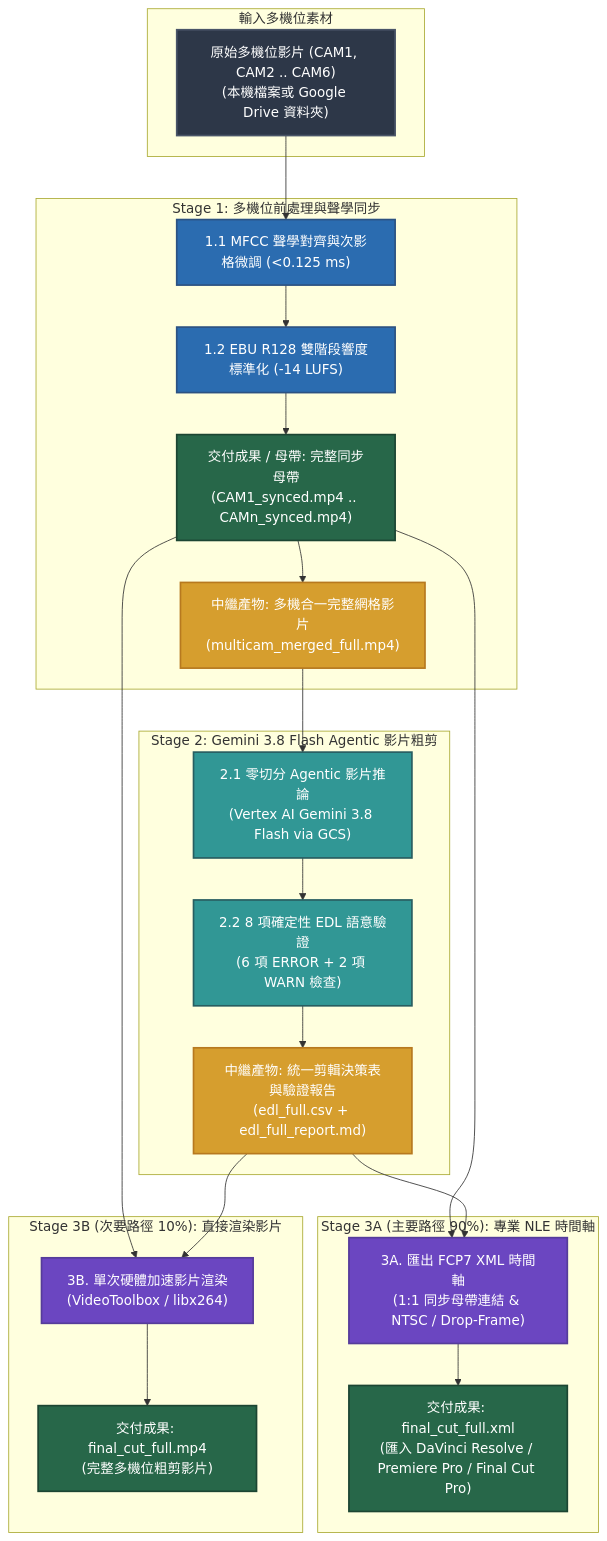
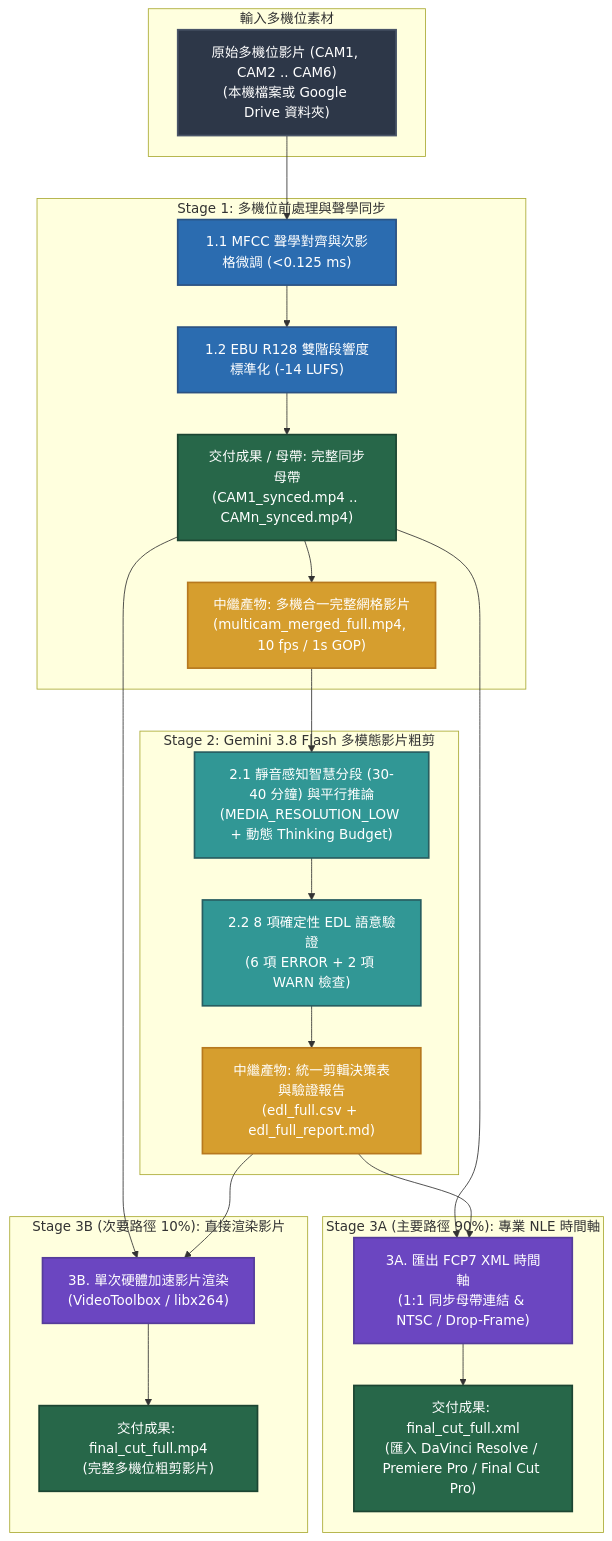
Before and after one commit to a0359627/multicam-video-preprocessing: the diagram in README.zh-TW.md, drawn with Mermaid. The commit also changed other lines of this file and 14 other files, not shown here.

````diff
--- a/README.zh-TW.md
+++ b/README.zh-TW.md
@@ -76,50 +76,50 @@
 ```mermaid
 flowchart TD
     classDef inputStyle fill:#2D3748,stroke:#4A5568,stroke-width:2px,color:#fff;
     classDef stage1Style fill:#2B6CB0,stroke:#2C5282,stroke-width:2px,color:#fff;
     classDef stage2Style fill:#319795,stroke:#285E61,stroke-width:2px,color:#fff;
     classDef stage3Style fill:#6B46C1,stroke:#553C9A,stroke-width:2px,color:#fff;
     classDef artifactStyle fill:#D69E2E,stroke:#B7791F,stroke-width:2px,color:#fff;
     classDef outputStyle fill:#276749,stroke:#1C4532,stroke-width:2px,color:#fff;
 
     subgraph Inputs["輸入多機位素材"]
         A["原始多機位影片 (CAM1, CAM2 .. CAM6)<br/>(本機檔案或 Google Drive 資料夾)"]:::inputStyle
     end
 
     subgraph S1["Stage 1: 多機位前處理與聲學同步"]
         S1_1["1.1 MFCC 聲學對齊與次影格微調 (<0.125 ms)"]:::stage1Style
         S1_2["1.2 EBU R128 雙階段響度標準化 (-14 LUFS)"]:::stage1Style
         S1_3["交付成果 / 母帶: 完整同步母帶<br/>(CAM1_synced.mp4 .. CAMn_synced.mp4)"]:::outputStyle
-        S1_4["中繼產物: 多機合一完整網格影片<br/>(multicam_merged_full.mp4)"]:::artifactStyle
+        S1_4["中繼產物: 多機合一完整網格影片<br/>(multicam_merged_full.mp4, 10 fps / 1s GOP)"]:::artifactStyle
         S1_1 --> S1_2
         S1_2 --> S1_3
         S1_3 --> S1_4
     end
 
-    subgraph S2["Stage 2: Gemini 3.8 Flash Agentic 影片粗剪"]
-        S2_1["2.1 零切分 Agentic 影片推論<br/>(Vertex AI Gemini 3.8 Flash via GCS)"]:::stage2Style
+    subgraph S2["Stage 2: Gemini 3.8 Flash 多模態影片粗剪"]
+        S2_1["2.1 靜音感知智慧分段 (30-40 分鐘) 與平行推論<br/>(MEDIA_RESOLUTION_LOW + 動態 Thinking Budget)"]:::stage2Style
         S2_2["2.2 8 項確定性 EDL 語意驗證<br/>(6 項 ERROR + 2 項 WARN 檢查)"]:::stage2Style
         EDL["中繼產物: 統一剪輯決策表與驗證報告<br/>(edl_full.csv + edl_full_report.md)"]:::artifactStyle
         S2_1 --> S2_2
         S2_2 --> EDL
     end
 
     subgraph S3A["Stage 3A (主要路徑 90%): 專業 NLE 時間軸"]
         S3A_ACT["3A. 匯出 FCP7 XML 時間軸<br/>(1:1 同步母帶連結 & NTSC / Drop-Frame)"]:::stage3Style
         XML["交付成果: final_cut_full.xml<br/>(匯入 DaVinci Resolve / Premiere Pro / Final Cut Pro)"]:::outputStyle
         S3A_ACT --> XML
     end
 
     subgraph S3B["Stage 3B (次要路徑 10%): 直接渲染影片"]
         S3B_ACT["3B. 單次硬體加速影片渲染<br/>(VideoToolbox / libx264)"]:::stage3Style
         MP4["交付成果: final_cut_full.mp4<br/>(完整多機位粗剪影片)"]:::outputStyle
         S3B_ACT --> MP4
     end
 
     A --> S1_1
     S1_4 --> S2_1
     S1_3 --> S3A_ACT
     EDL --> S3A_ACT
     S1_3 --> S3B_ACT
     EDL --> S3B_ACT
 ```
````
